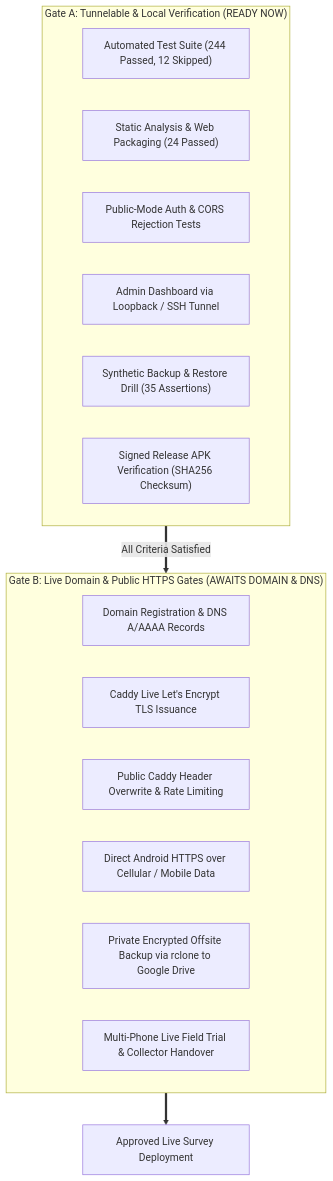
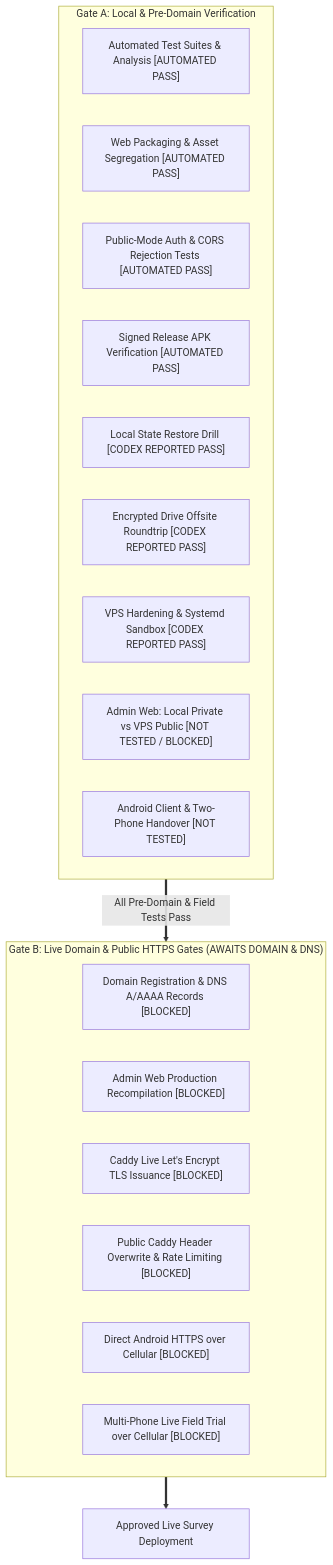
Before and after one commit to mrsneaky29/Nutrition-Study: the diagram in tool/acceptance/06_RELEASE_GATE_CHECKLIST.md, drawn with Mermaid. The commit also changed other lines of this file and 6 other files, not shown here.

````diff
--- a/tool/acceptance/06_RELEASE_GATE_CHECKLIST.md
+++ b/tool/acceptance/06_RELEASE_GATE_CHECKLIST.md
@@ -13,23 +13,26 @@
 ```mermaid
 flowchart TD
-    subgraph GateA["Gate A: Tunnelable & Local Verification (READY NOW)"]
-        A1["Automated Test Suite (244 Passed, 12 Skipped)"]
-        A2["Static Analysis & Web Packaging (24 Passed)"]
-        A3["Public-Mode Auth & CORS Rejection Tests"]
-        A4["Admin Dashboard via Loopback / SSH Tunnel"]
-        A5["Synthetic Backup & Restore Drill (35 Assertions)"]
-        A6["Signed Release APK Verification (SHA256 Checksum)"]
+    subgraph GateA["Gate A: Local & Pre-Domain Verification"]
+        A1["Automated Test Suites & Analysis [AUTOMATED PASS]"]
+        A2["Web Packaging & Asset Segregation [AUTOMATED PASS]"]
+        A3["Public-Mode Auth & CORS Rejection Tests [AUTOMATED PASS]"]
+        A4["Signed Release APK Verification [AUTOMATED PASS]"]
+        A5["Local State Restore Drill [CODEX REPORTED PASS]"]
+        A6["Encrypted Drive Offsite Roundtrip [CODEX REPORTED PASS]"]
+        A7["VPS Hardening & Systemd Sandbox [CODEX REPORTED PASS]"]
+        A8["Admin Web: Local Private vs VPS Public [NOT TESTED / BLOCKED]"]
+        A9["Android Client & Two-Phone Handover [NOT TESTED]"]
     end
 
     subgraph GateB["Gate B: Live Domain & Public HTTPS Gates (AWAITS DOMAIN & DNS)"]
-        B1["Domain Registration & DNS A/AAAA Records"]
-        B2["Caddy Live Let's Encrypt TLS Issuance"]
-        B3["Public Caddy Header Overwrite & Rate Limiting"]
-        B4["Direct Android HTTPS over Cellular / Mobile Data"]
-        B5["Private Encrypted Offsite Backup via rclone to Google Drive"]
-        B6["Multi-Phone Live Field Trial & Collector Handover"]
+        B1["Domain Registration & DNS A/AAAA Records [BLOCKED]"]
+        B2["Admin Web Production Recompilation [BLOCKED]"]
+        B3["Caddy Live Let's Encrypt TLS Issuance [BLOCKED]"]
+        B4["Public Caddy Header Overwrite & Rate Limiting [BLOCKED]"]
+        B5["Direct Android HTTPS over Cellular [BLOCKED]"]
+        B6["Multi-Phone Live Field Trial over Cellular [BLOCKED]"]
     end
 
-    GateA ==>|All Criteria Satisfied| GateB
+    GateA ==>|All Pre-Domain & Field Tests Pass| GateB
     GateB ==> LiveSurveyRollout["Approved Live Survey Deployment"]
 ```
````
